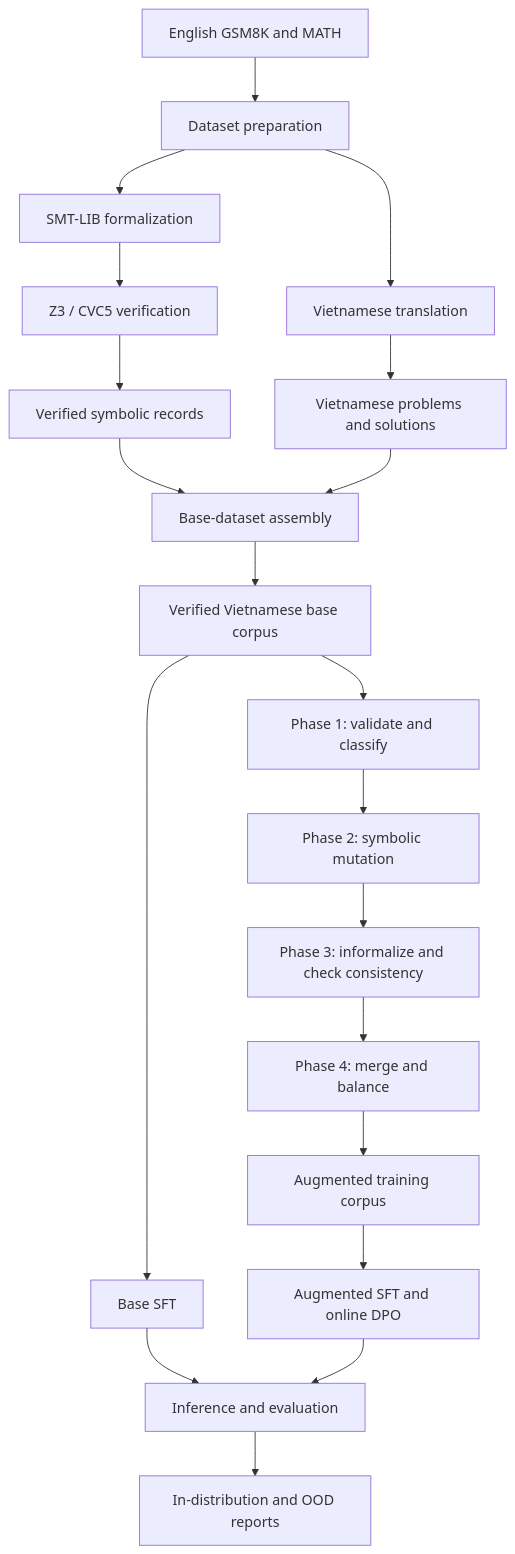
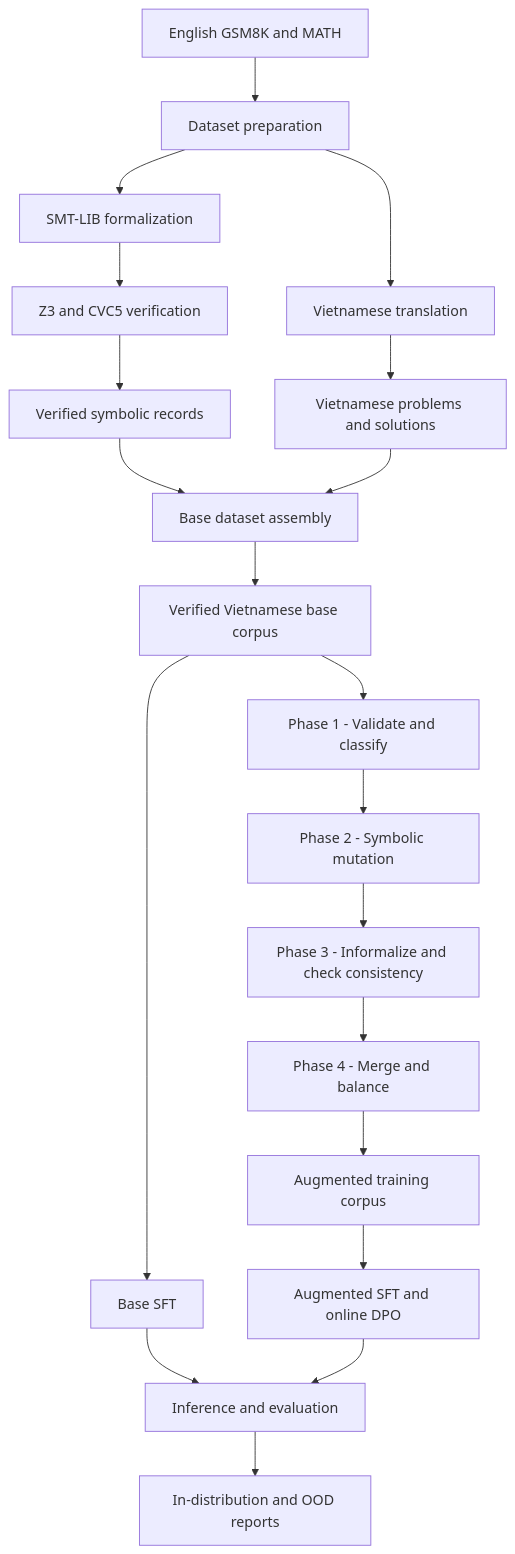
Before and after one commit to datdaide1/vi-math-smt: the diagram in README.md, drawn with Mermaid. The commit also changed other lines of this file and 2 other files, not shown here.

````diff
--- a/README.md
+++ b/README.md
@@ -60,22 +84,22 @@
 ```mermaid
 flowchart TD
-    A[English GSM8K and MATH] --> B[Dataset preparation]
-    B --> C[SMT-LIB formalization]
-    B --> D[Vietnamese translation]
-    C --> E[Z3 / CVC5 verification]
-    E --> F[Verified symbolic records]
-    D --> G[Vietnamese problems and solutions]
-    F --> H[Base-dataset assembly]
+    A["English GSM8K and MATH"] --> B["Dataset preparation"]
+    B --> C["SMT-LIB formalization"]
+    B --> D["Vietnamese translation"]
+    C --> E["Z3 and CVC5 verification"]
+    E --> F["Verified symbolic records"]
+    D --> G["Vietnamese problems and solutions"]
+    F --> H["Base dataset assembly"]
     G --> H
-    H --> I[Verified Vietnamese base corpus]
-    I --> J[Phase 1: validate and classify]
-    J --> K[Phase 2: symbolic mutation]
-    K --> L[Phase 3: informalize and check consistency]
-    L --> M[Phase 4: merge and balance]
-    M --> N[Augmented training corpus]
-    I --> O[Base SFT]
-    N --> P[Augmented SFT and online DPO]
-    O --> Q[Inference and evaluation]
+    H --> I["Verified Vietnamese base corpus"]
+    I --> J["Phase 1 - Validate and classify"]
+    J --> K["Phase 2 - Symbolic mutation"]
+    K --> L["Phase 3 - Informalize and check consistency"]
+    L --> M["Phase 4 - Merge and balance"]
+    M --> N["Augmented training corpus"]
+    I --> O["Base SFT"]
+    N --> P["Augmented SFT and online DPO"]
+    O --> Q["Inference and evaluation"]
     P --> Q
-    Q --> R[In-distribution and OOD reports]
+    Q --> R["In-distribution and OOD reports"]
 ```
````
